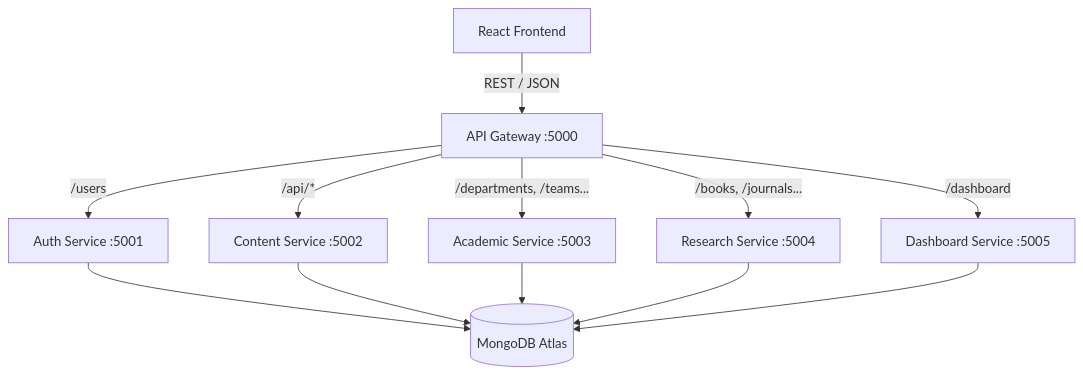
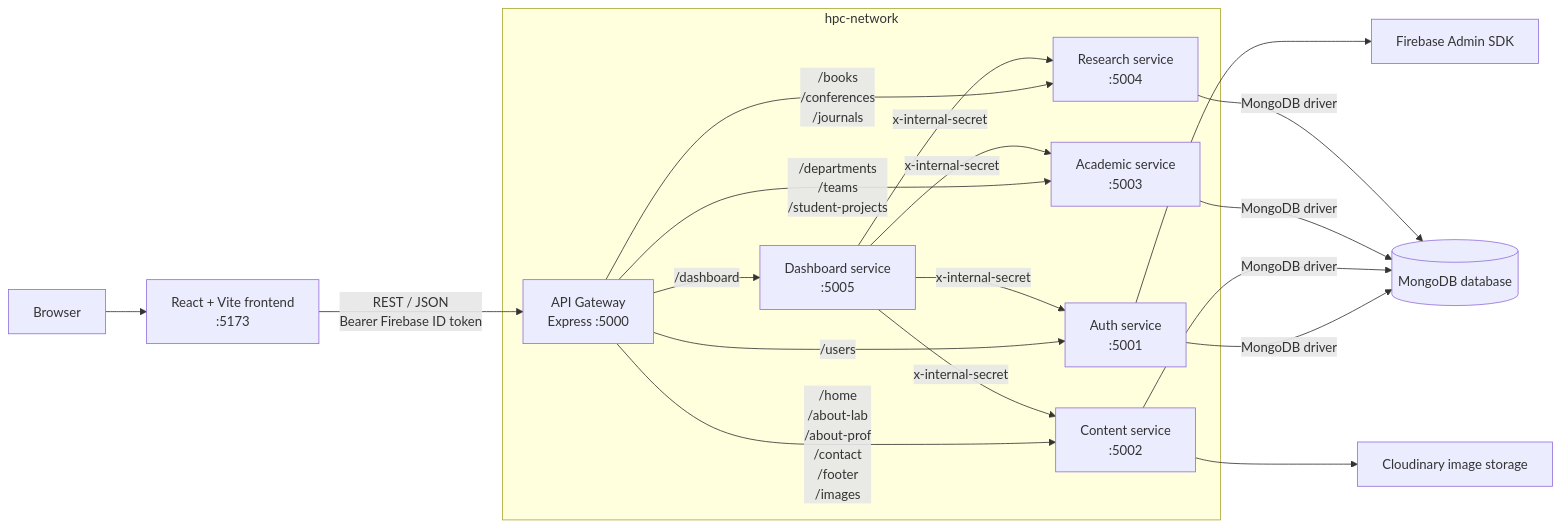
The first of 3 diagrams in README.md (Murad134/High_Performance_Computing_Lab), drawn with Mermaid before and after one commit. The commit also changed other lines of this file, not shown here.

First line of the commit message:
Revise system architecture and API design in README

````diff
--- a/README.md
+++ b/README.md
@@ -195,16 +195,32 @@
 ```mermaid
-graph TD
-    Client[React Frontend] -->|REST / JSON| Gateway[API Gateway :5000]
-    
-    Gateway -->|/users| Auth[Auth Service :5001]
-    Gateway -->|/api/*| Content[Content Service :5002]
-    Gateway -->|/departments, /teams...| Academic[Academic Service :5003]
-    Gateway -->|/books, /journals...| Research[Research Service :5004]
-    Gateway -->|/dashboard| Dashboard[Dashboard Service :5005]
-    
-    Auth --> DB[(MongoDB Atlas)]
-    Content --> DB
-    Academic --> DB
-    Research --> DB
-    Dashboard --> DB
+flowchart LR
+    Browser[Browser] --> Frontend[React + Vite frontend\n:5173]
+    Frontend -->|REST / JSON\nBearer Firebase ID token| Gateway[API Gateway\nExpress :5000]
+
+    Gateway -->|/users| Auth[Auth service\n:5001]
+    Gateway -->|/home\n/about-lab\n/about-prof\n/contact\n/footer\n/images| Content[Content service\n:5002]
+    Gateway -->|/departments\n/teams\n/student-projects| Academic[Academic service\n:5003]
+    Gateway -->|/books\n/conferences\n/journals| Research[Research service\n:5004]
+    Gateway -->|/dashboard| Dashboard[Dashboard service\n:5005]
+
+    Auth -->|MongoDB driver| Mongo[(MongoDB database)]
+    Content -->|MongoDB driver| Mongo
+    Academic -->|MongoDB driver| Mongo
+    Research -->|MongoDB driver| Mongo
+
+    Dashboard -->|x-internal-secret| Auth
+    Dashboard -->|x-internal-secret| Content
+    Dashboard -->|x-internal-secret| Academic
+    Dashboard -->|x-internal-secret| Research
+    Auth --> Firebase[Firebase Admin SDK]
+    Content --> Cloudinary[Cloudinary image storage]
+
+    subgraph DockerNetwork[hpc-network]
+        Gateway
+        Auth
+        Content
+        Academic
+        Research
+        Dashboard
+    end
 ```
````
